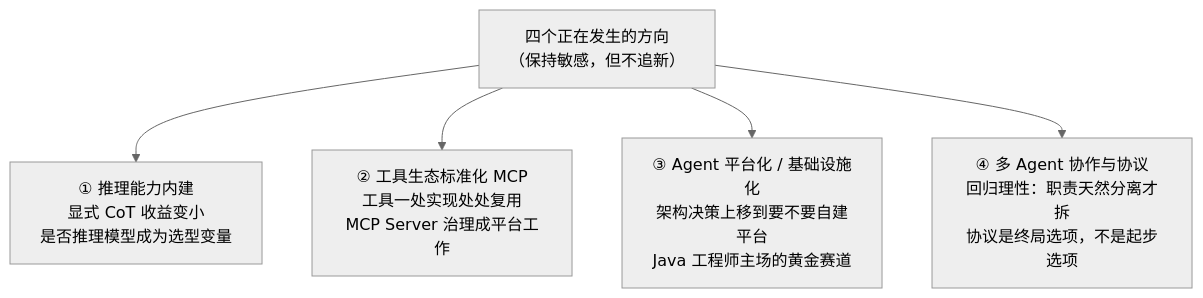
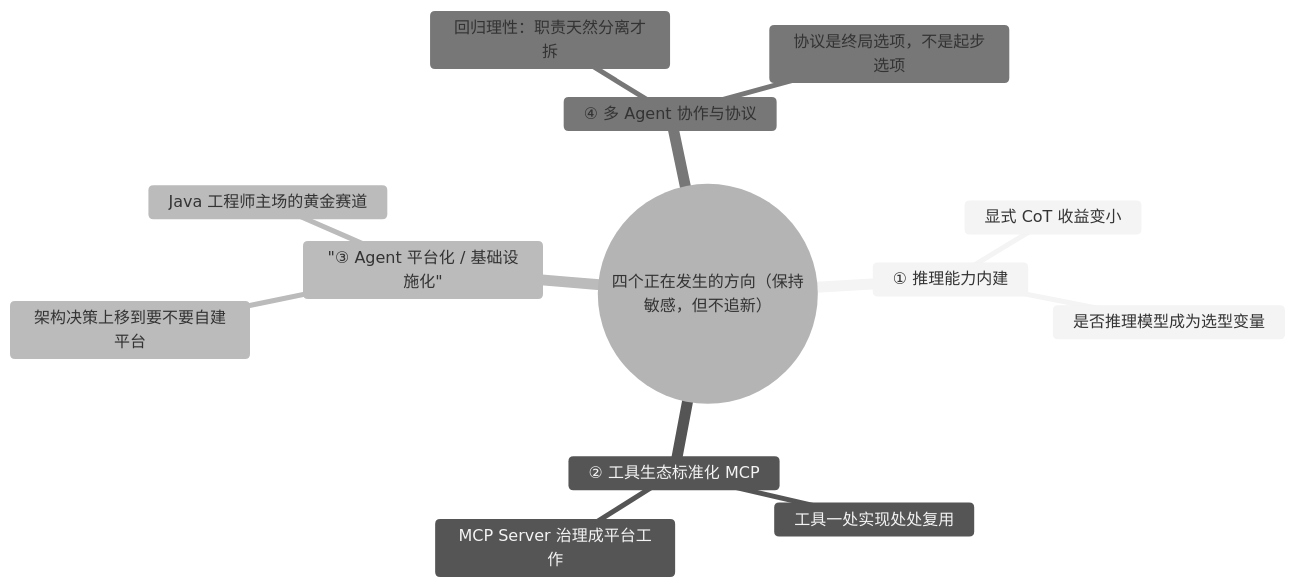
One commit to UranusGit/java-agent-learn changed the diagram in docs/附录/Agent与提示词工程专题/14-Agent前沿地图.md. Above: the diagram before and after it, drawn with Mermaid (neutral theme). The commit also changed 11 other files, not shown here.

First line of the commit message:
docs全库mermaid图选型复核：纯分类图由flowchart改为mindmap

````diff
--- a/docs/附录/Agent与提示词工程专题/14-Agent前沿地图.md
+++ b/docs/附录/Agent与提示词工程专题/14-Agent前沿地图.md
@@ -65,7 +65,16 @@
 ```mermaid
-flowchart TD
-    Q["四个正在发生的方向<br/>（保持敏感，但不追新）"] --> D1["① 推理能力内建<br/>显式 CoT 收益变小<br/>是否推理模型成为选型变量"]
-    Q --> D2["② 工具生态标准化 MCP<br/>工具一处实现处处复用<br/>MCP Server 治理成平台工作"]
-    Q --> D3["③ Agent 平台化 / 基础设施化<br/>架构决策上移到要不要自建平台<br/>Java 工程师主场的黄金赛道"]
-    Q --> D4["④ 多 Agent 协作与协议<br/>回归理性：职责天然分离才拆<br/>协议是终局选项，不是起步选项"]
+mindmap
+  root((四个正在发生的方向（保持敏感，但不追新）))
+    ① 推理能力内建
+      显式 CoT 收益变小
+      是否推理模型成为选型变量
+    ② 工具生态标准化 MCP
+      工具一处实现处处复用
+      MCP Server 治理成平台工作
+    "③ Agent 平台化 / 基础设施化"
+      架构决策上移到要不要自建平台
+      Java 工程师主场的黄金赛道
+    ④ 多 Agent 协作与协议
+      回归理性：职责天然分离才拆
+      协议是终局选项，不是起步选项
 ```
````
